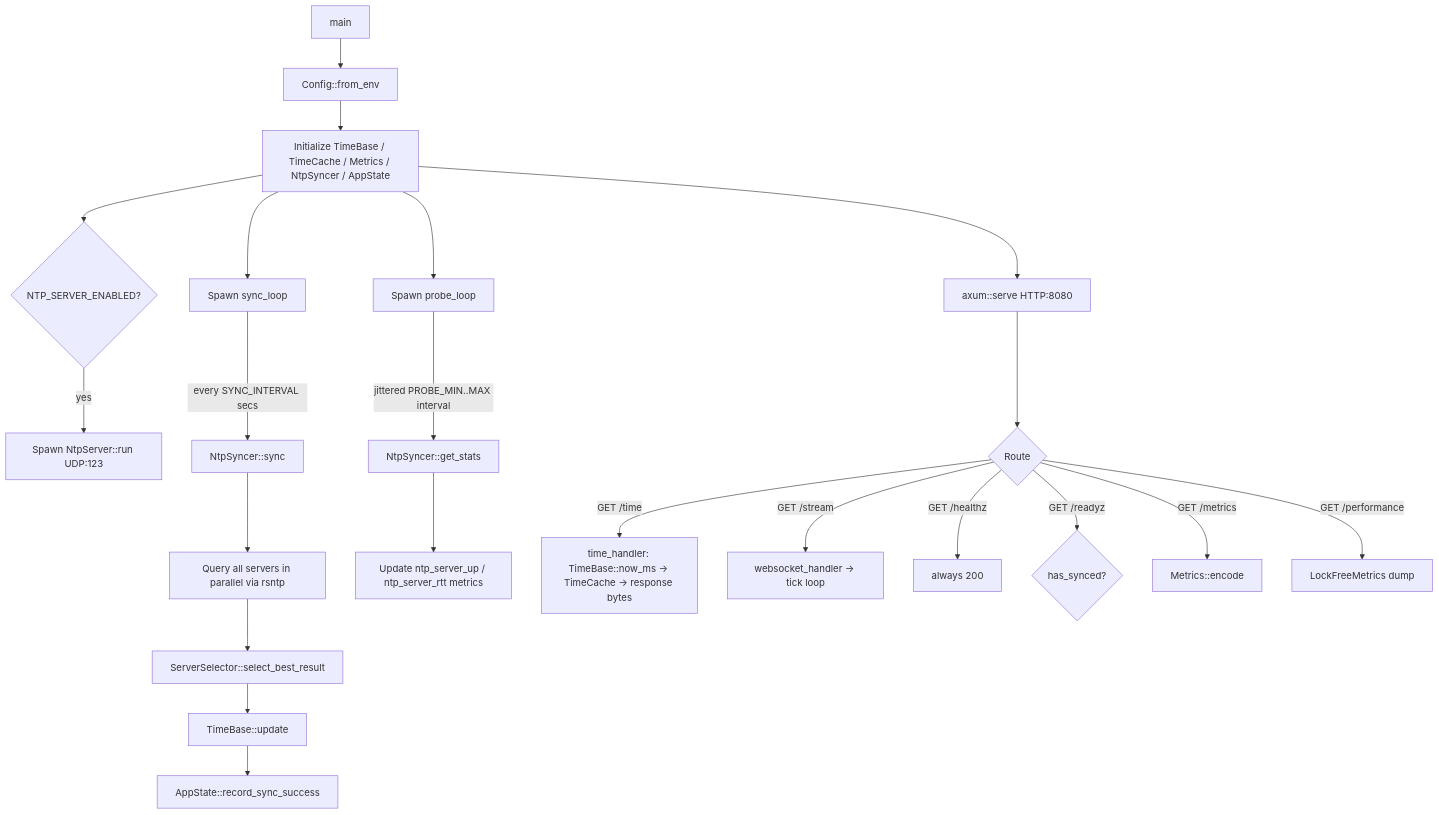
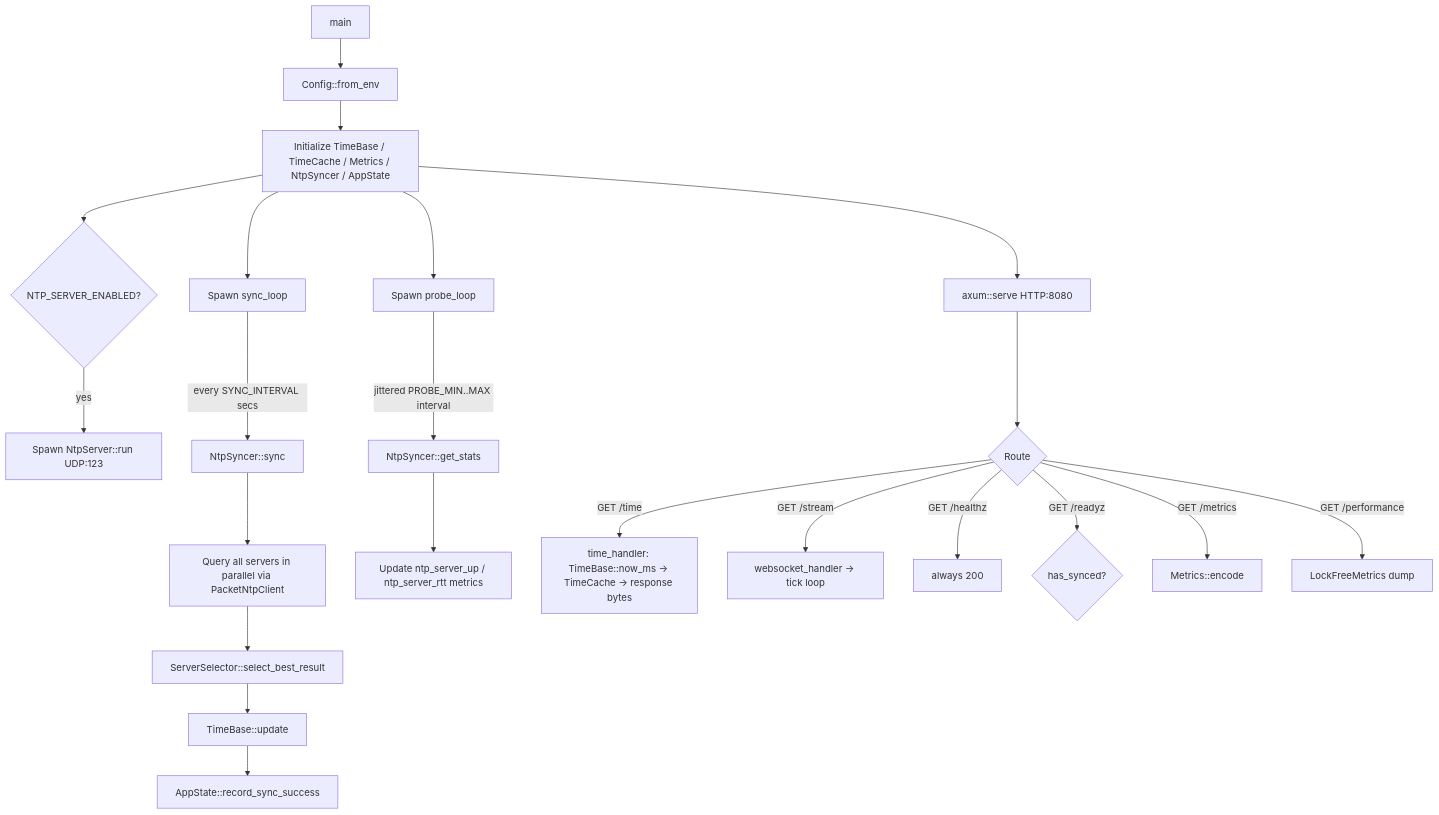
One commit to samansohani78/NTP-Time-JSON-API changed the diagram in PROJECT_ARCHITECTURE.md. Above: the diagram before and after it, drawn with Mermaid. The commit also changed other lines of this file and 39 other files, not shown here.

````diff
--- a/PROJECT_ARCHITECTURE.md
+++ b/PROJECT_ARCHITECTURE.md
@@ -93,27 +101,27 @@
 ```mermaid
 flowchart TD
     A[main] --> B[Config::from_env]
     B --> C[Initialize TimeBase / TimeCache / Metrics / NtpSyncer / AppState]
     C --> D[Spawn sync_loop]
     C --> E[Spawn probe_loop]
     C --> F{NTP_SERVER_ENABLED?}
     F -- yes --> G[Spawn NtpServer::run UDP:123]
     C --> H[axum::serve HTTP:8080]
 
     D -->|every SYNC_INTERVAL secs| I[NtpSyncer::sync]
-    I --> J[Query all servers in parallel via rsntp]
+    I --> J[Query all servers in parallel via PacketNtpClient]
     J --> K[ServerSelector::select_best_result]
     K --> L[TimeBase::update]
     L --> M[AppState::record_sync_success]
 
     E -->|jittered PROBE_MIN..MAX interval| N[NtpSyncer::get_stats]
     N --> O[Update ntp_server_up / ntp_server_rtt metrics]
 
     H --> P{Route}
     P -- GET /time --> Q[time_handler: TimeBase::now_ms → TimeCache → response bytes]
     P -- GET /stream --> R[websocket_handler → tick loop]
     P -- GET /healthz --> S[always 200]
     P -- GET /readyz --> T{has_synced?}
     P -- GET /metrics --> U[Metrics::encode]
     P -- GET /performance --> V[LockFreeMetrics dump]
 ```
````
